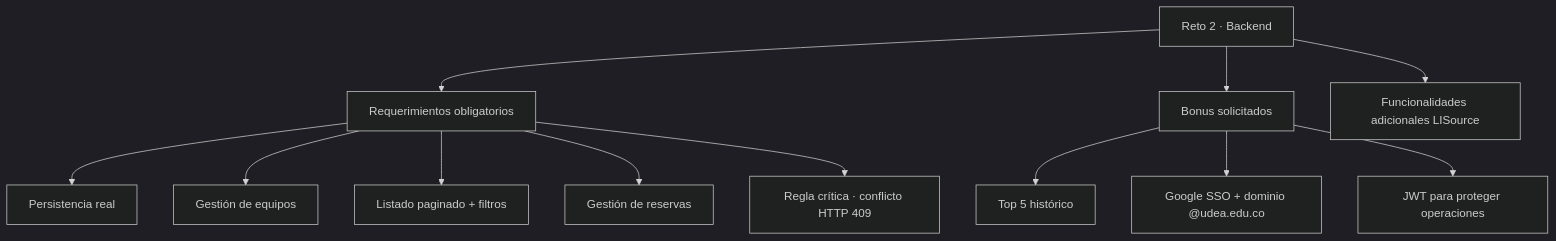
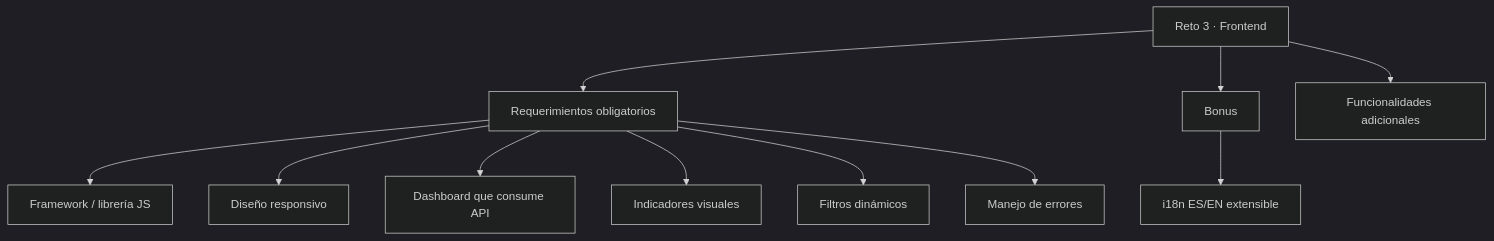
Before and after one commit to lisudea/technical-test-2026-2: the second of 19 diagrams in lisource-frontend/README.md, drawn with Mermaid (dark theme). The commit also changed other lines of this file and 1 other file, not shown here.

Commit message:
docs(frontend): refine project documentation

````diff
--- a/lisource-frontend/README.md
+++ b/lisource-frontend/README.md
@@ -153,16 +158,14 @@
 ```mermaid
 flowchart TB
-  R[Reto 2 · Backend] --> O[Requerimientos obligatorios]
-  R --> B[Bonus solicitados]
-  R --> X[Funcionalidades adicionales LISource]
+  R[Reto 3 · Frontend] --> O[Requerimientos obligatorios]
+  R --> B[Bonus]
+  R --> X[Funcionalidades adicionales]
 
-  O --> P[Persistencia real]
-  O --> E[Gestión de equipos]
-  O --> L[Listado paginado + filtros]
-  O --> S[Gestión de reservas]
-  O --> C[Regla crítica · conflicto HTTP 409]
-
-  B --> T[Top 5 histórico]
-  B --> G[Google SSO + dominio @udea.edu.co]
-  B --> J[JWT para proteger operaciones]
+  O --> F[Framework / librería JS]
+  O --> RS[Diseño responsivo]
+  O --> D[Dashboard que consume API]
+  O --> V[Indicadores visuales]
+  O --> Fi[Filtros dinámicos]
+  O --> E[Manejo de errores]
+  B --> I[i18n ES/EN extensible]
 ```
````
